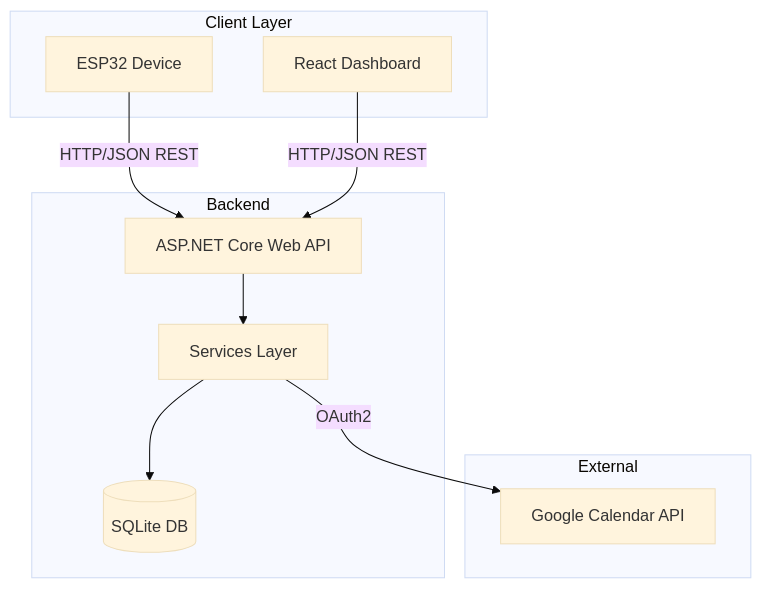
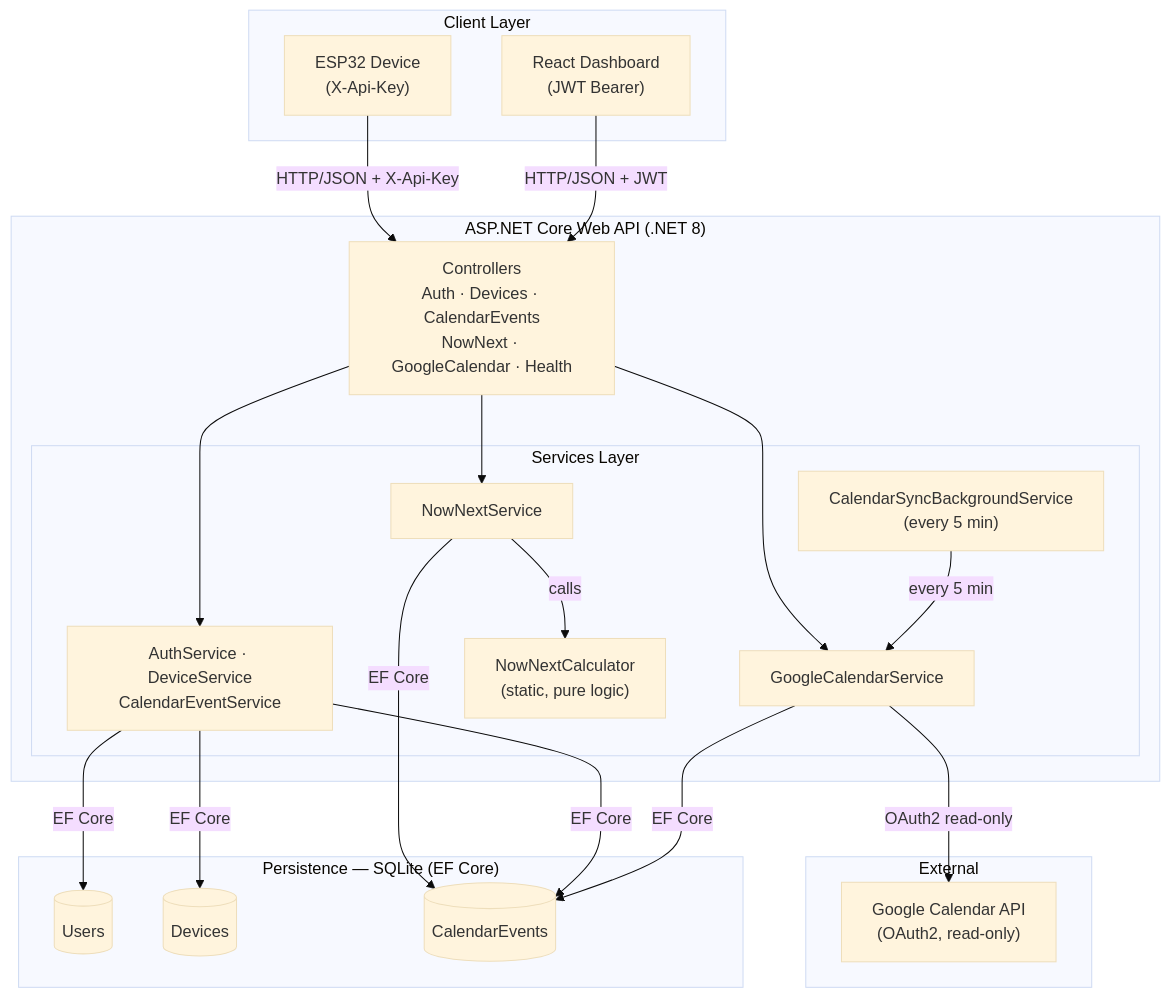
Before and after one commit to venu21-dev/deskbuddy-system: the diagram in docs/architecture.md, drawn with Mermaid (base theme). The commit also changed other lines of this file and 1 other file, not shown here.

Commit message:
docs: update architecture and sequence diagrams

````diff
--- a/docs/architecture.md
+++ b/docs/architecture.md
@@ -5,23 +5,44 @@
 ```mermaid
 graph TB
-    subgraph Client Layer
-        ESP32[ESP32 Device]
-        REACT[React Dashboard]
+    subgraph Clients["Client Layer"]
+        ESP32["ESP32 Device\n(X-Api-Key)"]
+        REACT["React Dashboard\n(JWT Bearer)"]
     end
 
-    subgraph Backend
-        API[ASP.NET Core Web API]
-        SVC[Services Layer]
-        DB[(SQLite DB)]
+    subgraph Backend["ASP.NET Core Web API (.NET 8)"]
+        CTRL["Controllers\nAuth · Devices · CalendarEvents\nNowNext · GoogleCalendar · Health"]
+
+        subgraph Services["Services Layer"]
+            NNS["NowNextService"]
+            GCS["GoogleCalendarService"]
+            SVC["AuthService · DeviceService\nCalendarEventService"]
+            NNC["NowNextCalculator\n(static, pure logic)"]
+            SYNC["CalendarSyncBackgroundService\n(every 5 min)"]
+        end
     end
 
-    subgraph External
-        GCAL[Google Calendar API]
+    subgraph DB["Persistence — SQLite (EF Core)"]
+        TU[("Users")]
+        TD[("Devices")]
+        TC[("CalendarEvents")]
     end
 
-    ESP32  -->|HTTP/JSON REST| API
-    REACT  -->|HTTP/JSON REST| API
-    API    --> SVC
-    SVC    --> DB
-    SVC    -->|OAuth2| GCAL
+    subgraph External["External"]
+        GCAL["Google Calendar API\n(OAuth2, read-only)"]
+    end
+
+    ESP32  -->|"HTTP/JSON + X-Api-Key"| CTRL
+    REACT  -->|"HTTP/JSON + JWT"| CTRL
+    CTRL   --> NNS
+    CTRL   --> GCS
+    CTRL   --> SVC
+
+    NNS    -->|"calls"| NNC
+    NNS    -->|"EF Core"| TC
+    SVC    -->|"EF Core"| TU
+    SVC    -->|"EF Core"| TD
+    SVC    -->|"EF Core"| TC
+    SYNC   -->|"every 5 min"| GCS
+    GCS    -->|"EF Core"| TC
+    GCS    -->|"OAuth2 read-only"| GCAL
 ```
````
